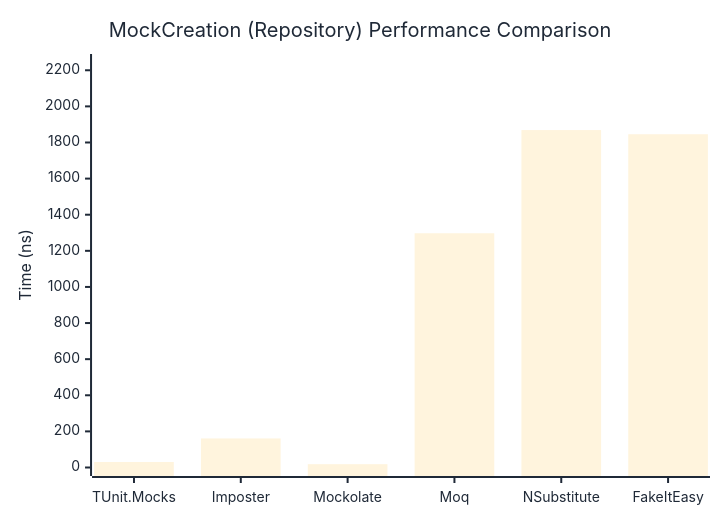
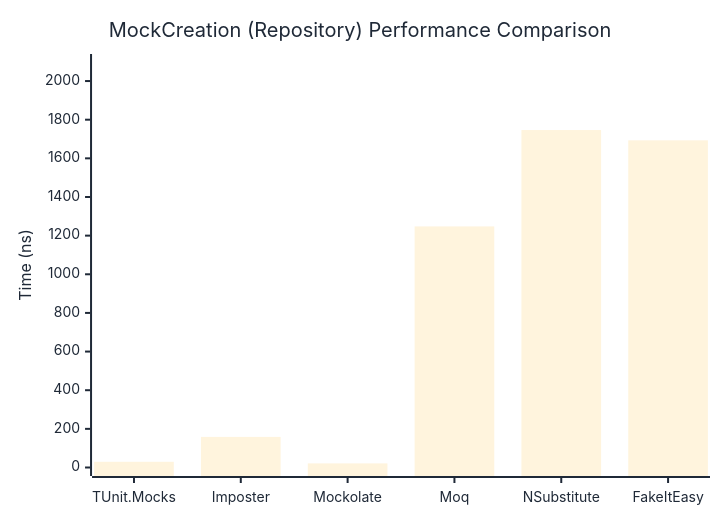
The second of 2 diagrams in docs/docs/benchmarks/mocks/MockCreation.md (thomhurst/TUnit), drawn with Mermaid before and after one commit. The commit also changed other lines of this file and 14 other files, not shown here.

````diff
--- a/docs/docs/benchmarks/mocks/MockCreation.md
+++ b/docs/docs/benchmarks/mocks/MockCreation.md
@@ -71,27 +71,27 @@
 ```mermaid
 %%{init: {
   'theme':'base',
   'themeVariables': {
     'primaryColor': '#2563eb',
     'primaryTextColor': '#1f2937',
     'primaryBorderColor': '#1e40af',
     'lineColor': '#6b7280',
     'secondaryColor': '#7c3aed',
     'tertiaryColor': '#dc2626',
     'background': '#ffffff',
     'pie1': '#2563eb',
     'pie2': '#7c3aed',
     'pie3': '#dc2626',
     'pie4': '#f59e0b',
     'pie5': '#10b981',
     'pie6': '#06b6d4',
     'pie7': '#ec4899',
     'pie8': '#6366f1'
   }
 }}%%
 xychart-beta
   title "MockCreation (Repository) Performance Comparison"
   x-axis ["TUnit.Mocks", "Imposter", "Mockolate", "Moq", "NSubstitute", "FakeItEasy"]
-  y-axis "Time (ns)" 0 --> 2243
-  bar [30.53, 160.83, 18.29, 1297.29, 1868.75, 1845.63]
+  y-axis "Time (ns)" 0 --> 2096
+  bar [29.54, 158.39, 21.31, 1247.71, 1746.47, 1693.17]
 ```
````
